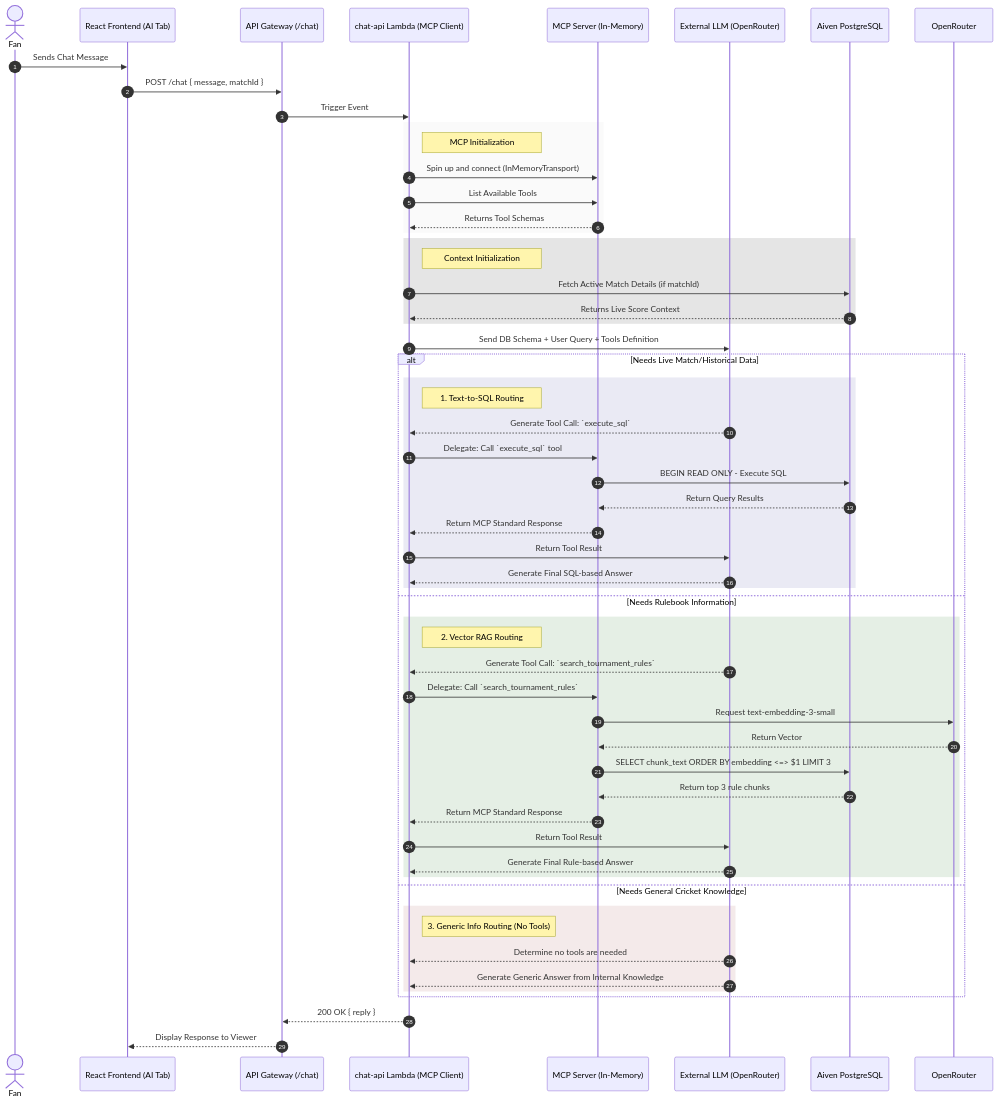
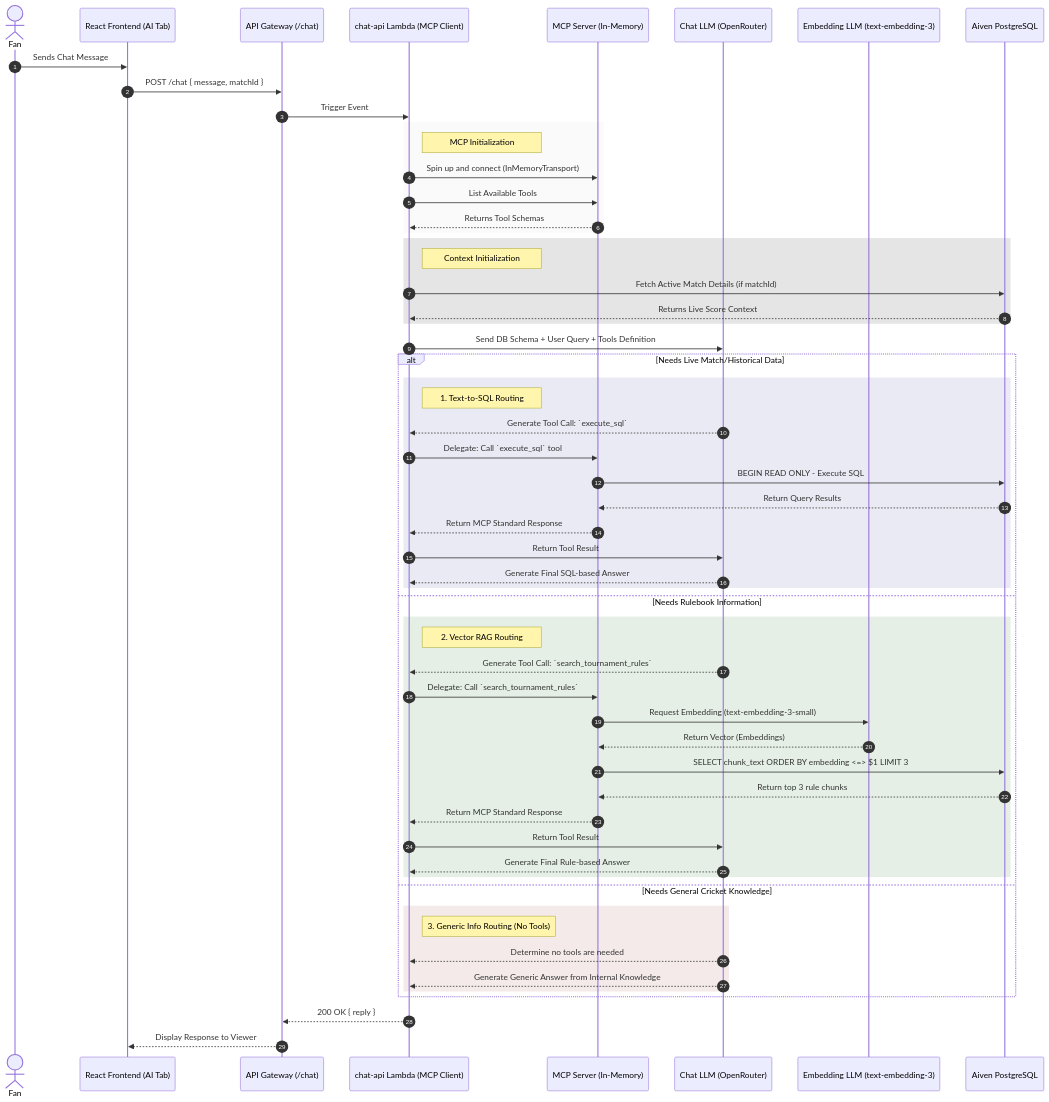
One commit to venkatesh-singamsetty/cricscore changed the first of 2 diagrams in docs/ai_architecture.md. Above: the diagram before and after it, drawn with Mermaid. The commit also changed other lines of this file and 39 other files, not shown here.

Commit message:
feat(auth): integrate Cognito SSO for Admin and Scorer views, update architecture docs

````diff
--- a/docs/ai_architecture.md
+++ b/docs/ai_architecture.md
@@ -14,65 +14,66 @@
 ```mermaid
 sequenceDiagram
     autonumber
     actor Viewer as Fan
     participant App as React Frontend (AI Tab)
     participant APIGW as API Gateway (/chat)
     participant ChatAPI as chat-api Lambda (MCP Client)
     participant MCPServer as MCP Server (In-Memory)
-    participant LLM as External LLM (OpenRouter)
+    participant LLM as Chat LLM (OpenRouter)
+    participant EmbedLLM as Embedding LLM (text-embedding-3)
     participant Aiven_PG as Aiven PostgreSQL
 
     Viewer->>App: Sends Chat Message
     App->>APIGW: POST /chat { message, matchId }
     APIGW->>ChatAPI: Trigger Event
 
     rect rgb(200, 200, 200, 0.1)
         Note right of ChatAPI: MCP Initialization
         ChatAPI->>MCPServer: Spin up and connect (InMemoryTransport)
         ChatAPI->>MCPServer: List Available Tools
         MCPServer-->>ChatAPI: Returns Tool Schemas
     end
 
     rect rgb(0, 0, 0, 0.1)
         Note right of ChatAPI: Context Initialization
         ChatAPI->>Aiven_PG: Fetch Active Match Details (if matchId)
         Aiven_PG-->>ChatAPI: Returns Live Score Context
     end
 
     ChatAPI->>LLM: Send DB Schema + User Query + Tools Definition
 
     alt Needs Live Match/Historical Data
         rect rgb(50, 50, 150, 0.1)
             Note right of ChatAPI: 1. Text-to-SQL Routing
             LLM-->>ChatAPI: Generate Tool Call: `execute_sql`
             ChatAPI->>MCPServer: Delegate: Call `execute_sql` tool
             MCPServer->>Aiven_PG: BEGIN READ ONLY - Execute SQL
             Aiven_PG-->>MCPServer: Return Query Results
             MCPServer-->>ChatAPI: Return MCP Standard Response
             ChatAPI->>LLM: Return Tool Result
             LLM-->>ChatAPI: Generate Final SQL-based Answer
         end
     else Needs Rulebook Information
         rect rgb(0, 100, 0, 0.1)
             Note right of ChatAPI: 2. Vector RAG Routing
             LLM-->>ChatAPI: Generate Tool Call: `search_tournament_rules`
             ChatAPI->>MCPServer: Delegate: Call `search_tournament_rules`
-            MCPServer->>OpenRouter: Request text-embedding-3-small
-            OpenRouter-->>MCPServer: Return Vector
+            MCPServer->>EmbedLLM: Request Embedding (text-embedding-3-small)
+            EmbedLLM-->>MCPServer: Return Vector (Embeddings)
             MCPServer->>Aiven_PG: SELECT chunk_text ORDER BY embedding <=> $1 LIMIT 3
             Aiven_PG-->>MCPServer: Return top 3 rule chunks
             MCPServer-->>ChatAPI: Return MCP Standard Response
             ChatAPI->>LLM: Return Tool Result
             LLM-->>ChatAPI: Generate Final Rule-based Answer
         end
     else Needs General Cricket Knowledge
         rect rgb(150, 50, 50, 0.1)
             Note right of ChatAPI: 3. Generic Info Routing (No Tools)
             LLM-->>ChatAPI: Determine no tools are needed
             LLM-->>ChatAPI: Generate Generic Answer from Internal Knowledge
         end
     end
 
     ChatAPI-->>APIGW: 200 OK { reply }
     APIGW-->>App: Display Response to Viewer
 ```
````
